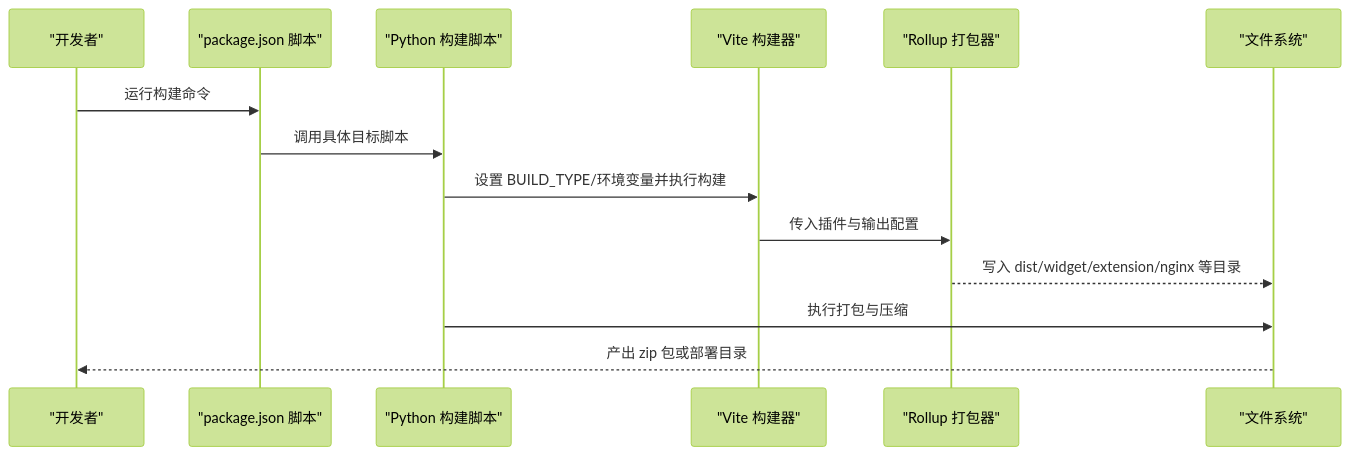
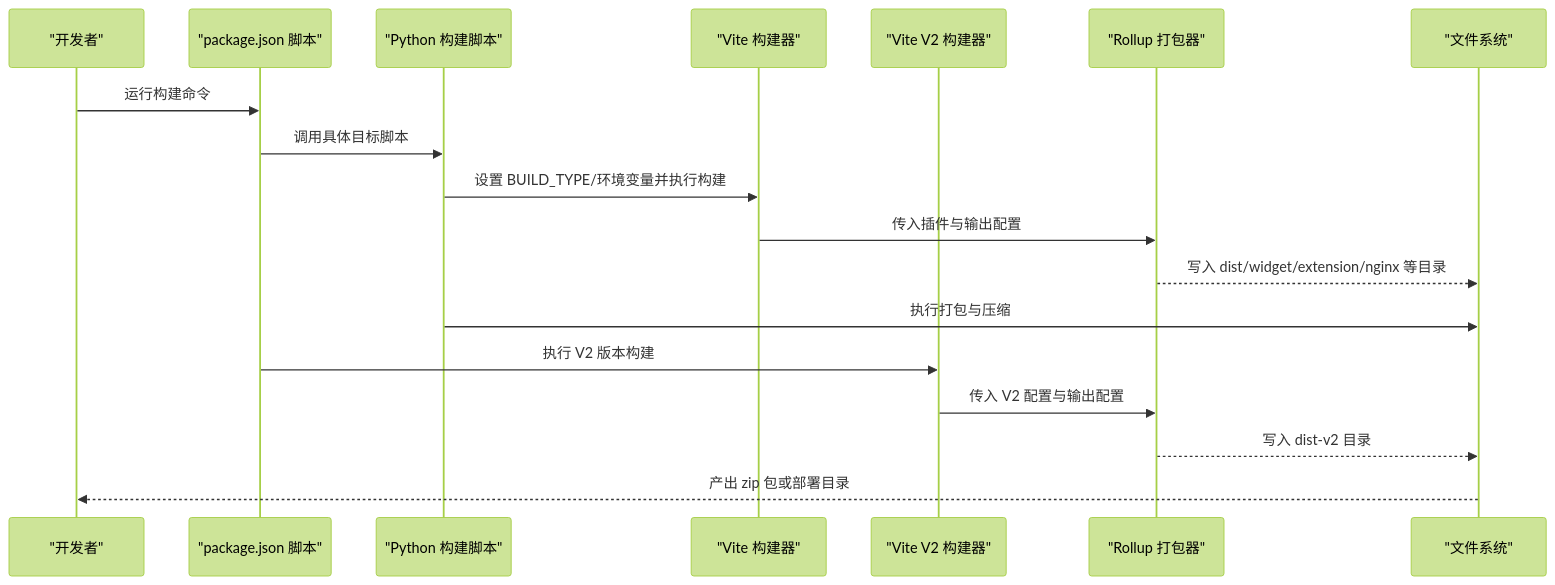
One commit to terwer/siyuan-plugin-publisher changed the second of 8 diagrams in .qoder/repowiki/zh/content/开发指南/构建系统/构建系统.md. Above: the diagram before and after it, drawn with Mermaid (forest theme). The commit also changed other lines of this file and 12 other files, not shown here.

````diff
--- a/.qoder/repowiki/zh/content/开发指南/构建系统/构建系统.md
+++ b/.qoder/repowiki/zh/content/开发指南/构建系统/构建系统.md
@@ -102,16 +137,20 @@
 ```mermaid
 sequenceDiagram
 participant Dev as "开发者"
 participant NPM as "package.json 脚本"
 participant Py as "Python 构建脚本"
 participant Vite as "Vite 构建器"
+participant ViteV2 as "Vite V2 构建器"
 participant Rollup as "Rollup 打包器"
 participant FS as "文件系统"
 Dev->>NPM : 运行构建命令
 NPM->>Py : 调用具体目标脚本
 Py->>Vite : 设置 BUILD_TYPE/环境变量并执行构建
 Vite->>Rollup : 传入插件与输出配置
 Rollup-->>FS : 写入 dist/widget/extension/nginx 等目录
 Py->>FS : 执行打包与压缩
+NPM->>ViteV2 : 执行 V2 版本构建
+ViteV2->>Rollup : 传入 V2 配置与输出配置
+Rollup-->>FS : 写入 dist-v2 目录
 FS-->>Dev : 产出 zip 包或部署目录
 ```
````
